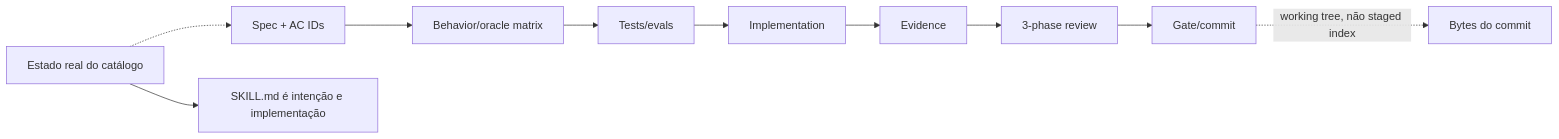
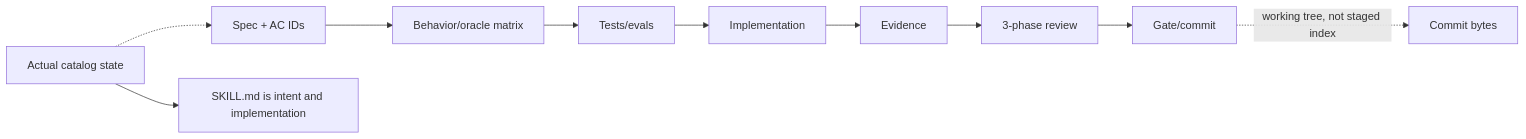
The second of 5 diagrams in docs/internal/audit/2026-08-06-tuxedo-repository-audit/03-product-architecture-and-contracts.md (woliveiras/baseline), drawn with Mermaid before and after one commit. The commit also changed other lines of this file and 13 other files, not shown here.

````diff
--- a/docs/internal/audit/2026-08-06-tuxedo-repository-audit/03-product-architecture-and-contracts.md
+++ b/docs/internal/audit/2026-08-06-tuxedo-repository-audit/03-product-architecture-and-contracts.md
@@ -59,13 +59,13 @@
 ```mermaid
 flowchart LR
     S["Spec + AC IDs"] --> B["Behavior/oracle matrix"]
     B --> T["Tests/evals"]
     T --> I["Implementation"]
     I --> E["Evidence"]
     E --> R["3-phase review"]
     R --> G["Gate/commit"]
 
-    X["Estado real do catálogo"] -.-> S
-    X --> K["SKILL.md é intenção e implementação"]
-    G -. "working tree, não staged index" .-> Z["Bytes do commit"]
+    X["Actual catalog state"] -.-> S
+    X --> K["SKILL.md is intent and implementation"]
+    G -. "working tree, not staged index" .-> Z["Commit bytes"]
 ```
````
